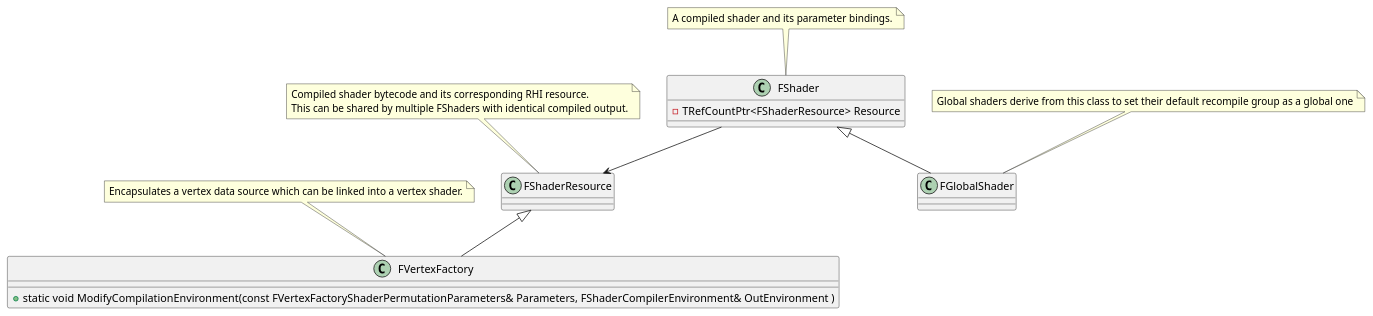
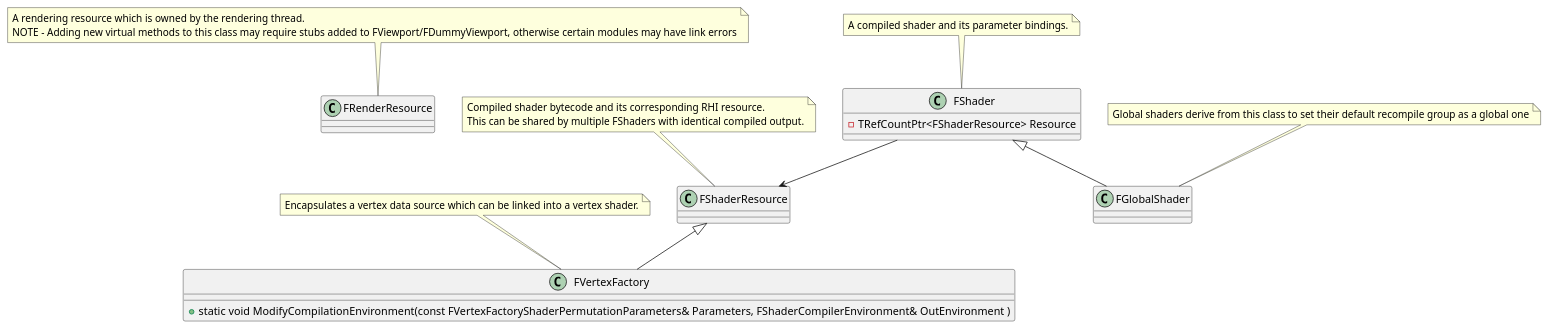
One commit to wsw364321644/Renderer changed the diagram in Doc/UE/RenderCore.pu. Above: the diagram before and after it, drawn with PlantUML. The commit also changed 14 other files, not shown here.

```diff
--- a/Doc/UE/RenderCore.pu
+++ b/Doc/UE/RenderCore.pu
@@ -1,46 +1,51 @@
 @startuml RenderCore
 
+class FRenderResource
+note top
+ A rendering resource which is owned by the rendering thread.
+ NOTE - Adding new virtual methods to this class may require stubs added to FViewport/FDummyViewport, otherwise certain modules may have link errors
+end note 
 
 class FShaderResource 
 note top
 Compiled shader bytecode and its corresponding RHI resource. 
 This can be shared by multiple FShaders with identical compiled output.
 end note 
 
 
 
 class FVertexFactory{
     +static void ModifyCompilationEnvironment(const FVertexFactoryShaderPermutationParameters& Parameters, FShaderCompilerEnvironment& OutEnvironment )
 }
 FShaderResource<|--FVertexFactory
 
 note top
 Encapsulates a vertex data source which can be linked into a vertex shader.
 end note 
 
 
 
 class  FShader{
     -TRefCountPtr<FShaderResource> Resource
 }
 note top
 A compiled shader and its parameter bindings.
 end note 
 
 
 
 class FGlobalShader 
 FShader<|--FGlobalShader
 
 note top
 Global shaders derive from this class to set their default recompile group as a global one
 end note 
 
 
 
 
 FShader--> FShaderResource
 
 
 
 @enduml
```
